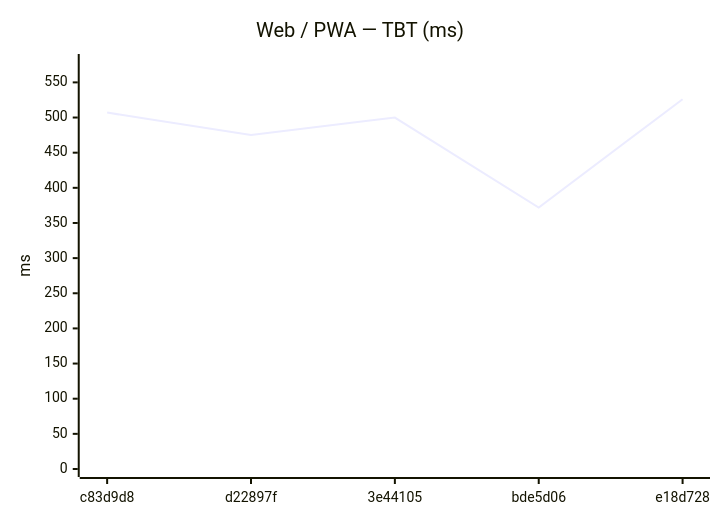
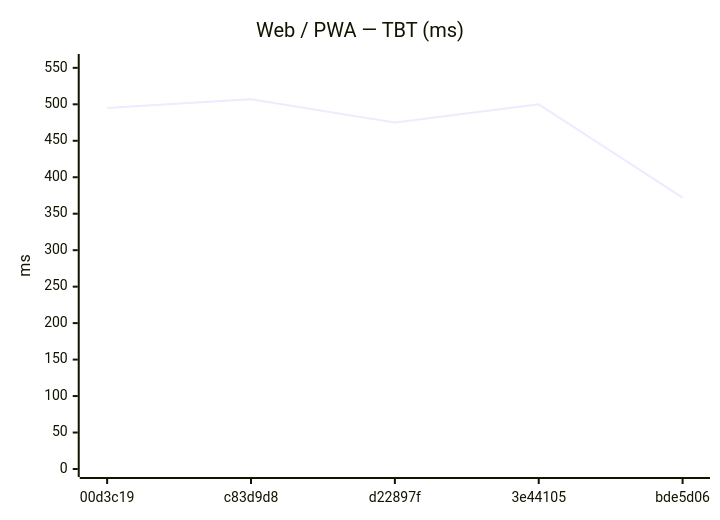
The eighth of 18 diagrams in benchmarks/compare.md (Metaheurist/Rianell), drawn with Mermaid before and after one commit. The commit also changed other lines of this file and 11 other files, not shown here.

````diff
--- a/benchmarks/compare.md
+++ b/benchmarks/compare.md
@@ -124,7 +124,7 @@
 ```mermaid
 xychart-beta
     title "Web / PWA — TBT (ms)"
-    x-axis ["c83d9d8", "d22897f", "3e44105", "bde5d06", "e18d728"]
-    y-axis "ms" 0 --> 579
-    line [507, 475, 500, 372, 526]
+    x-axis ["00d3c19", "c83d9d8", "d22897f", "3e44105", "bde5d06"]
+    y-axis "ms" 0 --> 558
+    line [495, 507, 475, 500, 372]
 ```
````
